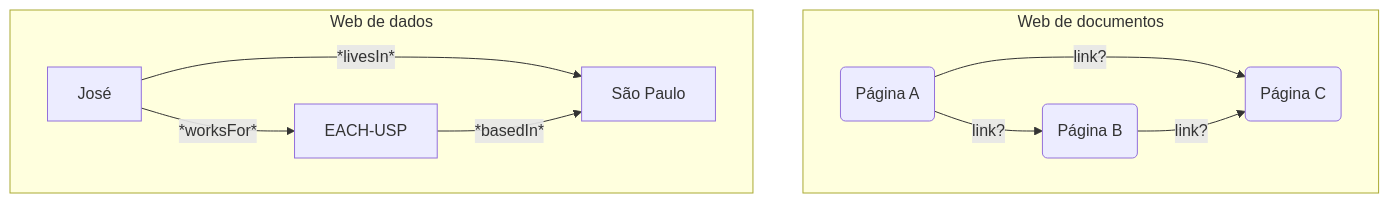
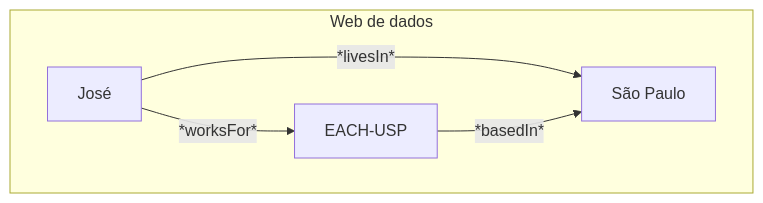
Before and after one commit to Igorino/joplin-notes: the third of 3 diagrams in Mestrado/Segundo Semestre/SIN5033 - Grafos de conhecimento e Ontologias/Anotações/Assíncronas/3 Evolucao da Web Semantica.md, drawn with Mermaid.

Commit message:
Exported on 2026-04-15_23-21-09

````diff
--- a/Mestrado/Segundo Semestre/SIN5033 - Grafos de conhecimento e Ontologias/Anotações/Assíncronas/3 Evolucao da Web Semantica.md
+++ b/Mestrado/Segundo Semestre/SIN5033 - Grafos de conhecimento e Ontologias/Anotações/Assíncronas/3 Evolucao da Web Semantica.md
@@ -32,14 +41,8 @@
 ```mermaid
 flowchart TB
-	subgraph doc[Web de documentos]
-	A(Página A) -- link? --> B(Página B)
-	A -- link? --> C(Página C)
-	B -- link? --> C
-	end
-	
 	subgraph dados [Web de dados]
 	J[José] -- "*worksFor*" --> E[EACH-USP]
 	J -- "*livesIn*" --> S[São Paulo]
 	E -- "*basedIn*" --> S
 	end
 ```
````
